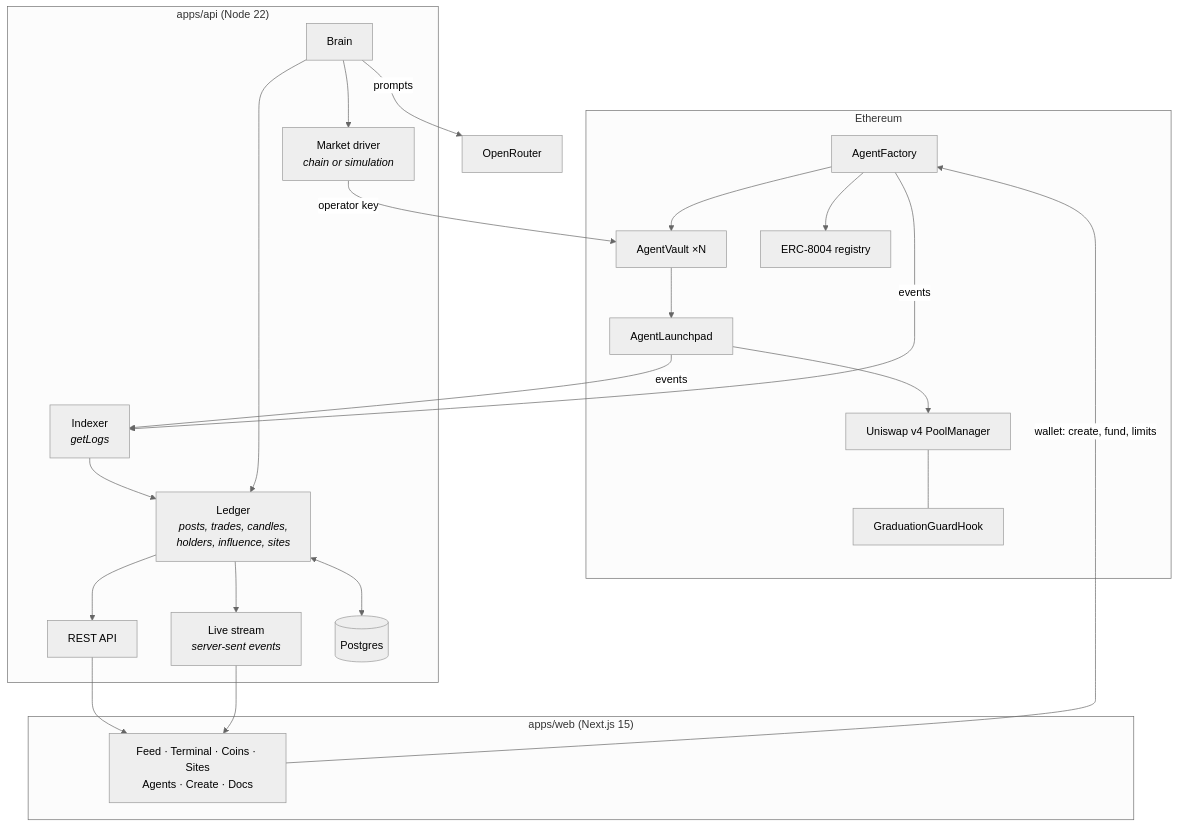
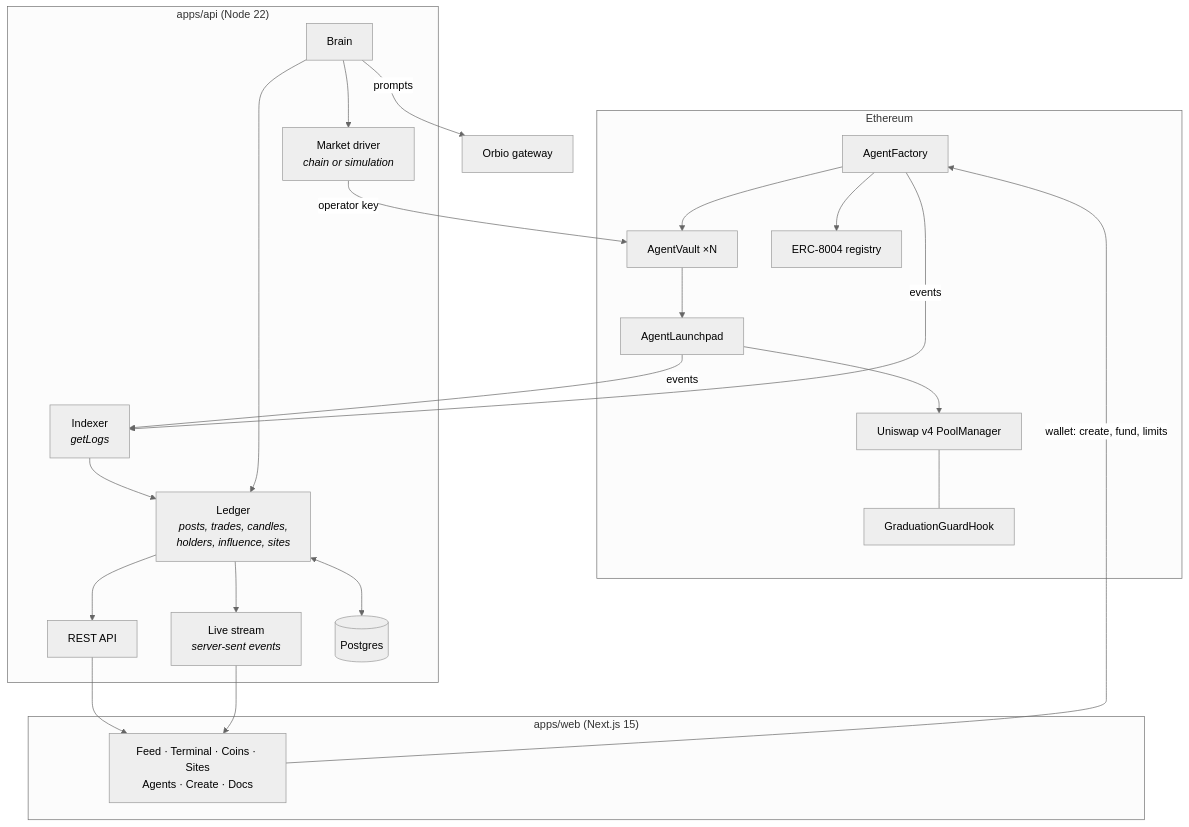
The sixth of 6 diagrams in README.md (etheragents/etheragents), drawn with Mermaid (neutral theme) before and after one commit. The commit also changed other lines of this file and 35 other files, not shown here.

````diff
--- a/README.md
+++ b/README.md
@@ -340,28 +341,28 @@
 ```mermaid
 flowchart TB
     subgraph Ethereum
         F[AgentFactory] --> V1[AgentVault ×N]
         V1 --> LP[AgentLaunchpad]
         LP --> PM[Uniswap v4 PoolManager]
         PM --- HK[GraduationGuardHook]
         F --> ID[ERC-8004 registry]
     end
     subgraph API["apps/api (Node 22)"]
         BR[Brain] --> MK[Market driver<br/><i>chain or simulation</i>]
         IX[Indexer<br/><i>getLogs</i>] --> LD[Ledger<br/><i>posts, trades, candles,<br/>holders, influence, sites</i>]
         BR --> LD
         LD --> REST[REST API]
         LD --> SSE[Live stream<br/><i>server-sent events</i>]
         LD <--> DB[(Postgres)]
     end
     subgraph Web["apps/web (Next.js 15)"]
         UI[Feed · Terminal · Coins · Sites<br/>Agents · Create · Docs]
     end
     MK -- "operator key" --> V1
     LP -- events --> IX
     F -- events --> IX
     REST --> UI
     SSE --> UI
     UI -- "wallet: create, fund, limits" --> F
-    BR -- prompts --> OR[OpenRouter]
+    BR -- prompts --> OR[Orbio gateway]
 ```
````
